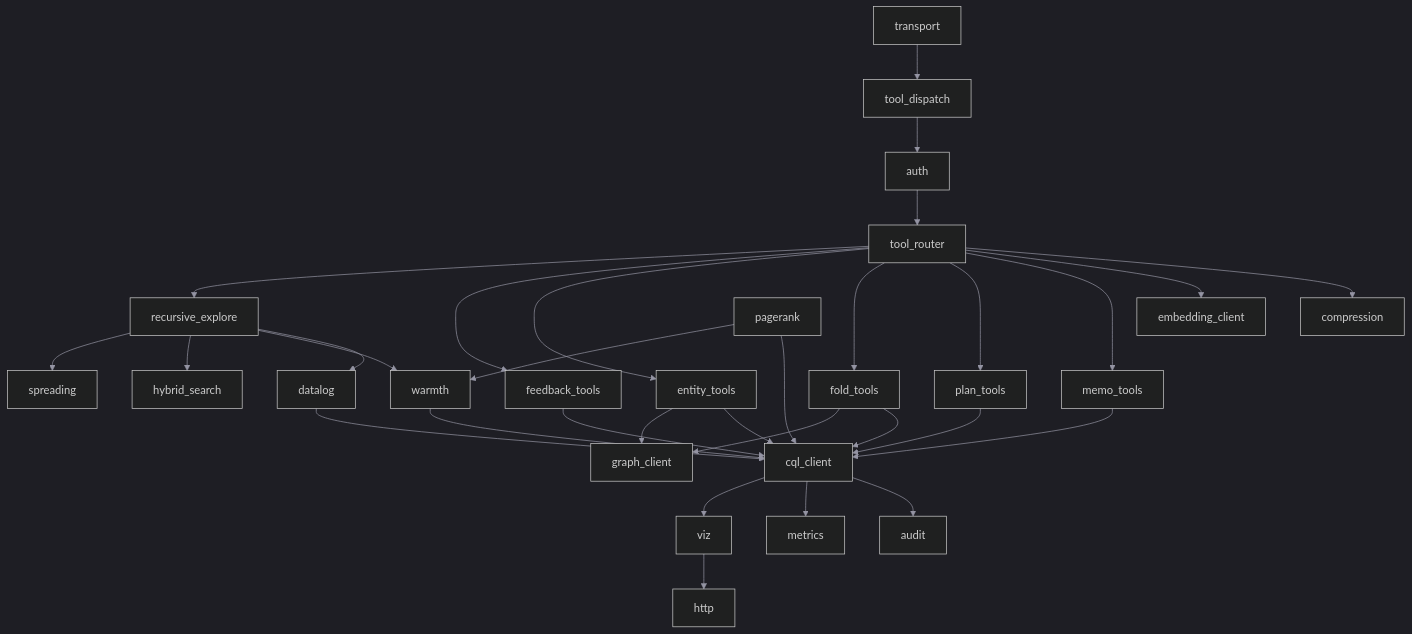
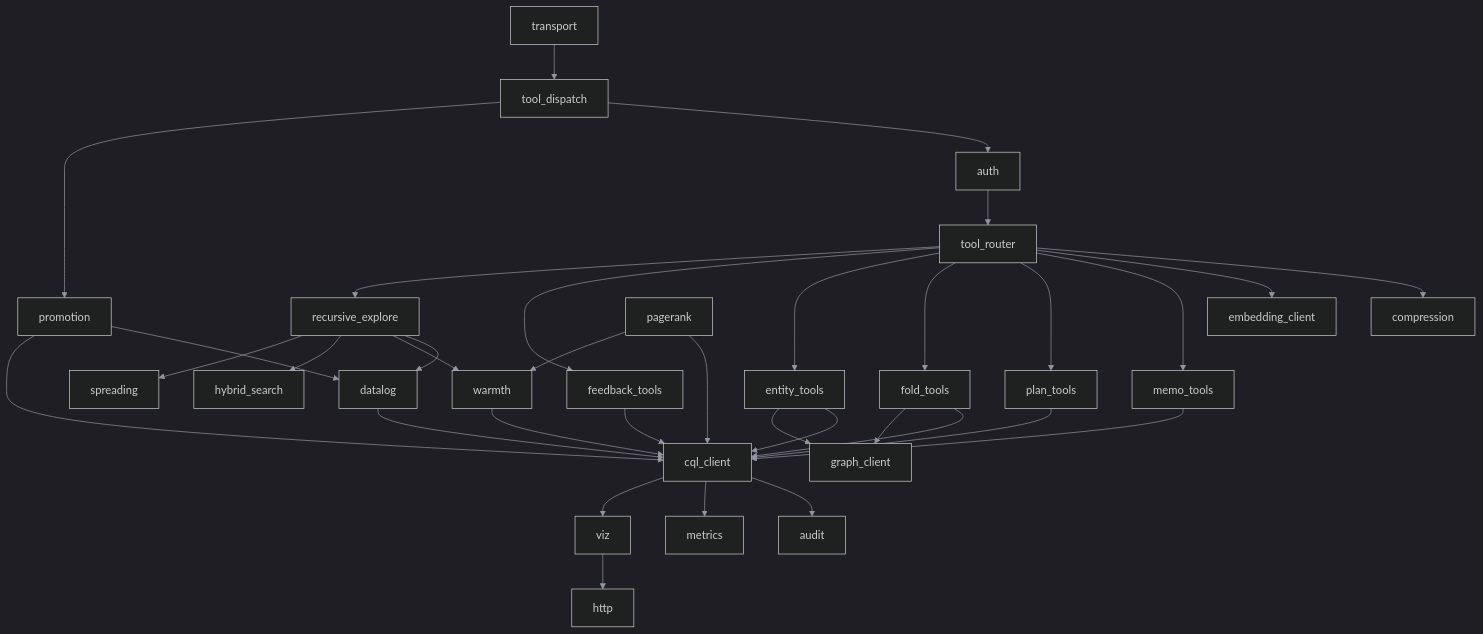
Before and after one commit to ferrosadb/ferrosa-memory: the diagram in specs/components.md, drawn with Mermaid. The commit also changed other lines of this file and 4 other files, not shown here.

````diff
--- a/specs/components.md
+++ b/specs/components.md
@@ -8,34 +8,37 @@
 ```mermaid
 %%{init: {'theme':'dark','themeVariables':{'primaryColor':'#16161f','primaryTextColor':'#e8e8ed','primaryBorderColor':'#e2725b','lineColor':'#9494a3','secondaryColor':'#1c1c28','tertiaryColor':'#111118','clusterBkg':'#111118','clusterBorder':'#1e1e2a','edgeLabelBackground':'#111118','nodeTextColor':'#e8e8ed'}}}%%
 graph TB
     A[transport] --> B[tool_dispatch]
     B --> C[auth]
     C --> D[tool_router]
     D --> E[compression]
     D --> F[embedding_client]
     D --> G[memo_tools]
     D --> H[plan_tools]
     D --> I[fold_tools]
     D --> J[entity_tools]
     D --> K[feedback_tools]
     D --> RE[recursive_explore]
     G --> L[cql_client]
     H --> L
     I --> L
     I --> M[graph_client]
     J --> L
     J --> M
     K --> L
     RE --> DL[datalog]
     RE --> W[warmth]
     RE --> HS[hybrid_search]
     RE --> SP[spreading]
     DL --> L
     W --> L
     PR[pagerank] --> L
     PR --> W
+    B --> PROM[promotion]
+    PROM --> DL
+    PROM --> L
     L --> N[audit]
     L --> O[metrics]
     L --> P[viz]
     P --> Q[http]
 ```
````
